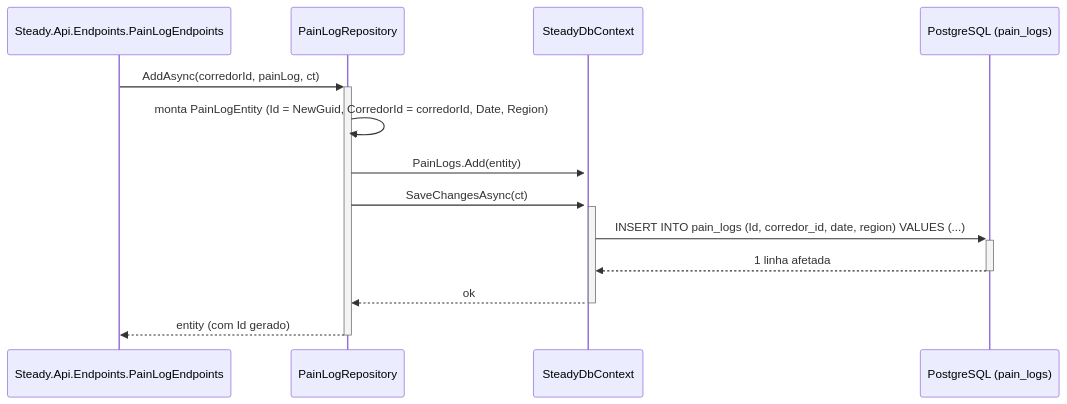
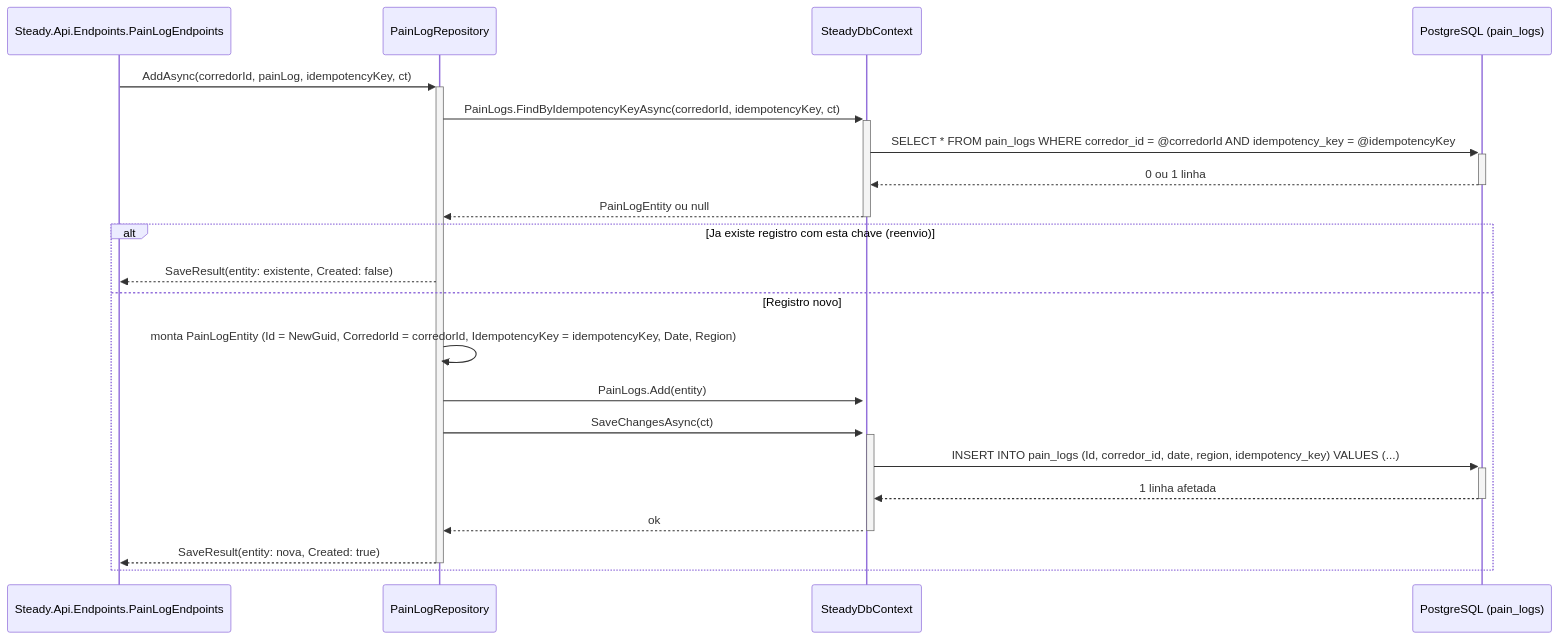
Before and after one commit to JoaoFPedro/steady-ia: the diagram in DocumentAIReadme/Steady.Infrastructure/DevDocs/PainLogRepository-Persistencia-Treino-DevDocs.md, drawn with Mermaid. The commit also changed other lines of this file and 28 other files, not shown here.

````diff
--- a/DocumentAIReadme/Steady.Infrastructure/DevDocs/PainLogRepository-Persistencia-Treino-DevDocs.md
+++ b/DocumentAIReadme/Steady.Infrastructure/DevDocs/PainLogRepository-Persistencia-Treino-DevDocs.md
@@ -60,16 +66,24 @@
 ```mermaid
 sequenceDiagram
     participant Endpoint as Steady.Api.Endpoints.PainLogEndpoints
     participant Repository as PainLogRepository
     participant Context as SteadyDbContext
     participant Database as PostgreSQL (pain_logs)
 
-    Endpoint->>+Repository: AddAsync(corredorId, painLog, ct)
-    Repository->>Repository: monta PainLogEntity (Id = NewGuid, CorredorId = corredorId, Date, Region)
-    Repository->>+Context: PainLogs.Add(entity)
-    Repository->>+Context: SaveChangesAsync(ct)
-    Context->>+Database: INSERT INTO pain_logs (Id, corredor_id, date, region) VALUES (...)
-    Database-->>-Context: 1 linha afetada
-    Context-->>-Repository: ok
-    Repository-->>-Endpoint: entity (com Id gerado)
+    Endpoint->>+Repository: AddAsync(corredorId, painLog, idempotencyKey, ct)
+    Repository->>+Context: PainLogs.FindByIdempotencyKeyAsync(corredorId, idempotencyKey, ct)
+    Context->>+Database: SELECT * FROM pain_logs WHERE corredor_id = @corredorId AND idempotency_key = @idempotencyKey
+    Database-->>-Context: 0 ou 1 linha
+    Context-->>-Repository: PainLogEntity ou null
+    alt Ja existe registro com esta chave (reenvio)
+        Repository-->>Endpoint: SaveResult(entity: existente, Created: false)
+    else Registro novo
+        Repository->>Repository: monta PainLogEntity (Id = NewGuid, CorredorId = corredorId, IdempotencyKey = idempotencyKey, Date, Region)
+        Repository->>+Context: PainLogs.Add(entity)
+        Repository->>+Context: SaveChangesAsync(ct)
+        Context->>+Database: INSERT INTO pain_logs (Id, corredor_id, date, region, idempotency_key) VALUES (...)
+        Database-->>-Context: 1 linha afetada
+        Context-->>-Repository: ok
+        Repository-->>-Endpoint: SaveResult(entity: nova, Created: true)
+    end
 ```
````
